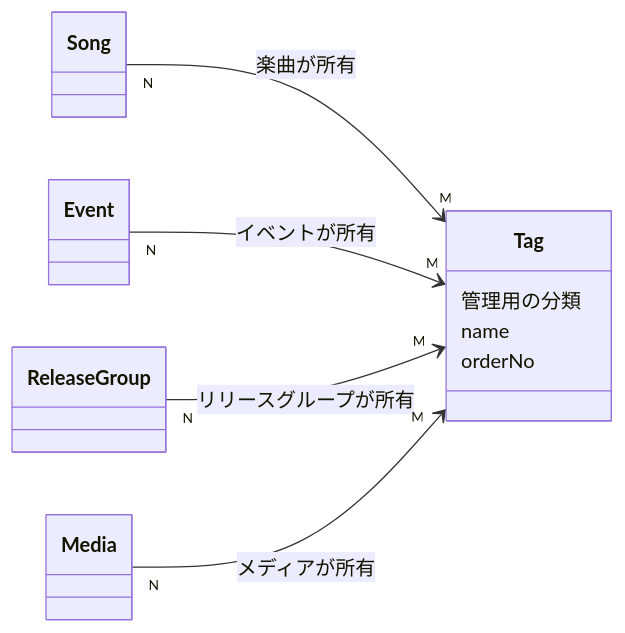
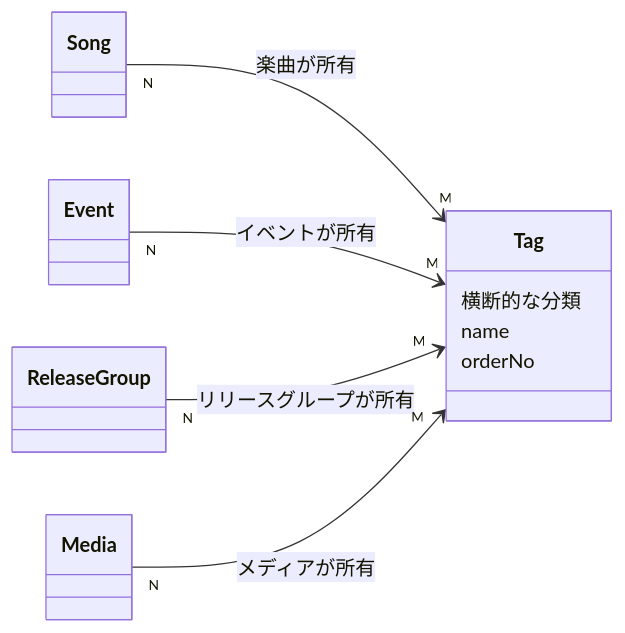
Before and after one commit to sayuprc/isekai-observatory: the diagram in docs/specs/tag.md, drawn with Mermaid. The commit also changed other lines of this file and 48 other files, not shown here.

````diff
--- a/docs/specs/tag.md
+++ b/docs/specs/tag.md
@@ -33,13 +40,13 @@
 ```mermaid
 classDiagram
   direction LR
   class Tag {
-    管理用の分類
+    横断的な分類
     name
     orderNo
   }
   Song "N" --> "M" Tag : 楽曲が所有
   Event "N" --> "M" Tag : イベントが所有
   ReleaseGroup "N" --> "M" Tag : リリースグループが所有
   Media "N" --> "M" Tag : メディアが所有
 ```
````
